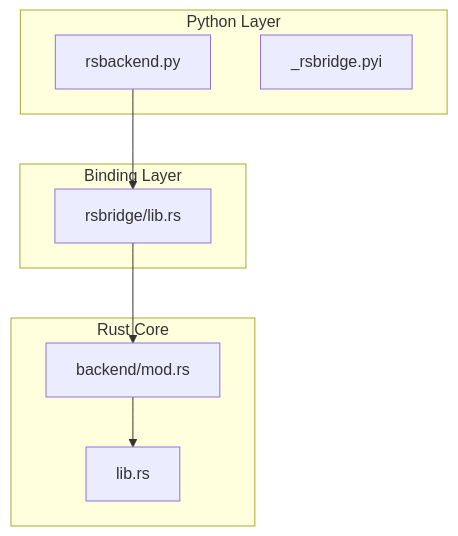
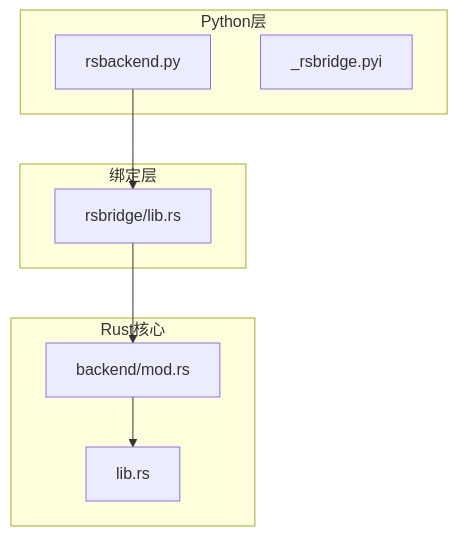
Before and after one commit to afanty2021/anki: the first of 7 diagrams in .qoder/repowiki/zh/content/Python业务层/Python-Rust桥接机制/接口调用与生命周期管理.md, drawn with Mermaid. The commit also changed other lines of this file and 8 other files, not shown here.

````diff
--- a/.qoder/repowiki/zh/content/Python业务层/Python-Rust桥接机制/接口调用与生命周期管理.md
+++ b/.qoder/repowiki/zh/content/Python业务层/Python-Rust桥接机制/接口调用与生命周期管理.md
@@ -30,17 +41,17 @@
 ```mermaid
 graph TD
-subgraph "Python Layer"
+subgraph "Python层"
 rsbackend[rsbackend.py]
 _rsbridge[_rsbridge.pyi]
 end
-subgraph "Binding Layer"
+subgraph "绑定层"
 rsbridge[rsbridge/lib.rs]
 end
-subgraph "Rust Core"
+subgraph "Rust核心"
 backend[backend/mod.rs]
 lib[lib.rs]
 end
 rsbackend --> rsbridge
 rsbridge --> backend
 backend --> lib
 ```
````
